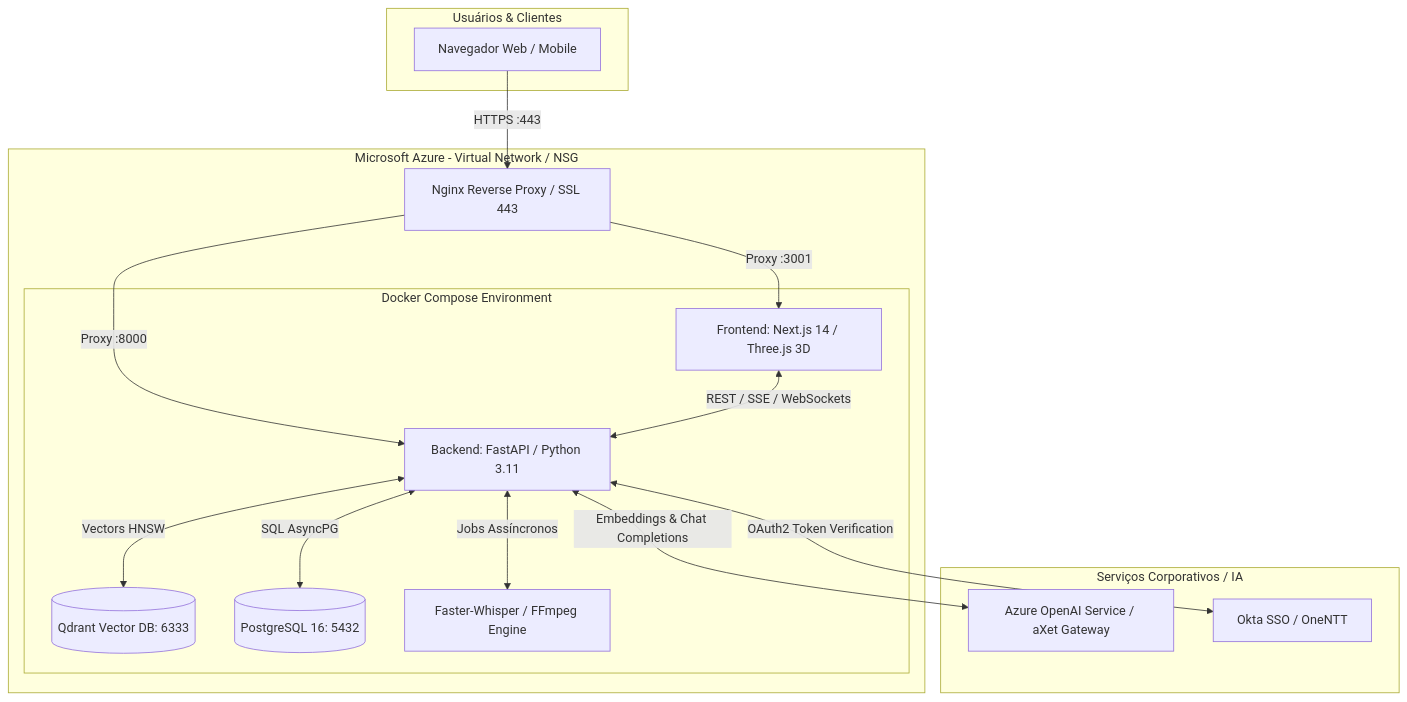
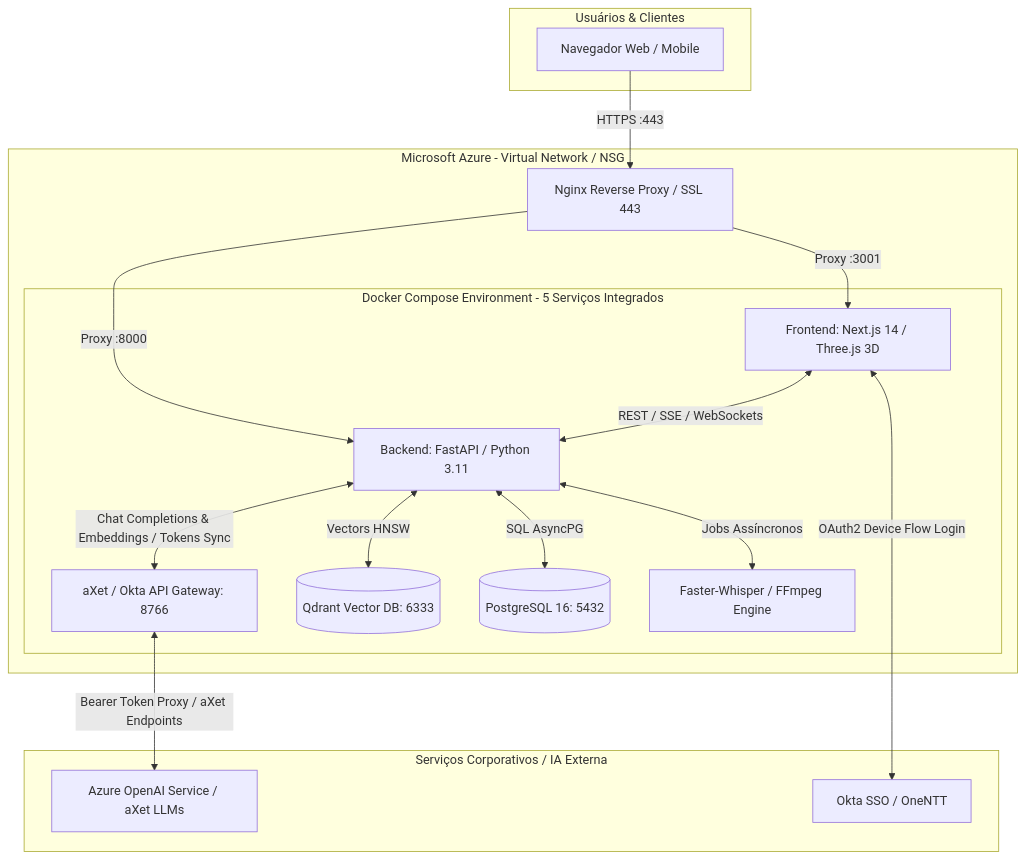
The diagram in README.md (gcostabe/AXET-NEURALGRAPH-3D), drawn with Mermaid before and after one commit. The commit also changed other lines of this file and 19 other files, not shown here.

Commit message:
feat(gateway): embed axet/okta api gateway into solution stack with docker compose service

````diff
--- a/README.md
+++ b/README.md
@@ -40,33 +40,35 @@
 ```mermaid
 flowchart TB
     subgraph Internet_Users [Usuários & Clientes]
         U[Navegador Web / Mobile]
     end
 
     subgraph Azure_Network [Microsoft Azure - Virtual Network / NSG]
         Nginx[Nginx Reverse Proxy / SSL 443]
         
-        subgraph Docker_Compose [Docker Compose Environment]
+        subgraph Docker_Compose [Docker Compose Environment - 5 Serviços Integrados]
             Front[Frontend: Next.js 14 / Three.js 3D]
             Back[Backend: FastAPI / Python 3.11]
+            Gateway[aXet / Okta API Gateway: 8766]
             Qdrant[(Qdrant Vector DB: 6333)]
             Postgres[(PostgreSQL 16: 5432)]
             Whisper[Faster-Whisper / FFmpeg Engine]
         end
     end
 
-    subgraph External_Cloud [Serviços Corporativos / IA]
-        AzureOpenAI[Azure OpenAI Service / aXet Gateway]
+    subgraph External_Cloud [Serviços Corporativos / IA Externa]
+        AzureOpenAI[Azure OpenAI Service / aXet LLMs]
         Okta[Okta SSO / OneNTT]
     end
 
     U -->|HTTPS :443| Nginx
     Nginx -->|Proxy :3001| Front
     Nginx -->|Proxy :8000| Back
     Front <-->|REST / SSE / WebSockets| Back
     Back <-->|Vectors HNSW| Qdrant
     Back <-->|SQL AsyncPG| Postgres
     Back <-->|Jobs Assíncronos| Whisper
-    Back <-->|Embeddings & Chat Completions| AzureOpenAI
-    Back <-->|OAuth2 Token Verification| Okta
+    Back <-->|Chat Completions & Embeddings / Tokens Sync| Gateway
+    Gateway <-->|Bearer Token Proxy / aXet Endpoints| AzureOpenAI
+    Front <-->|OAuth2 Device Flow Login| Okta
 ```
````
